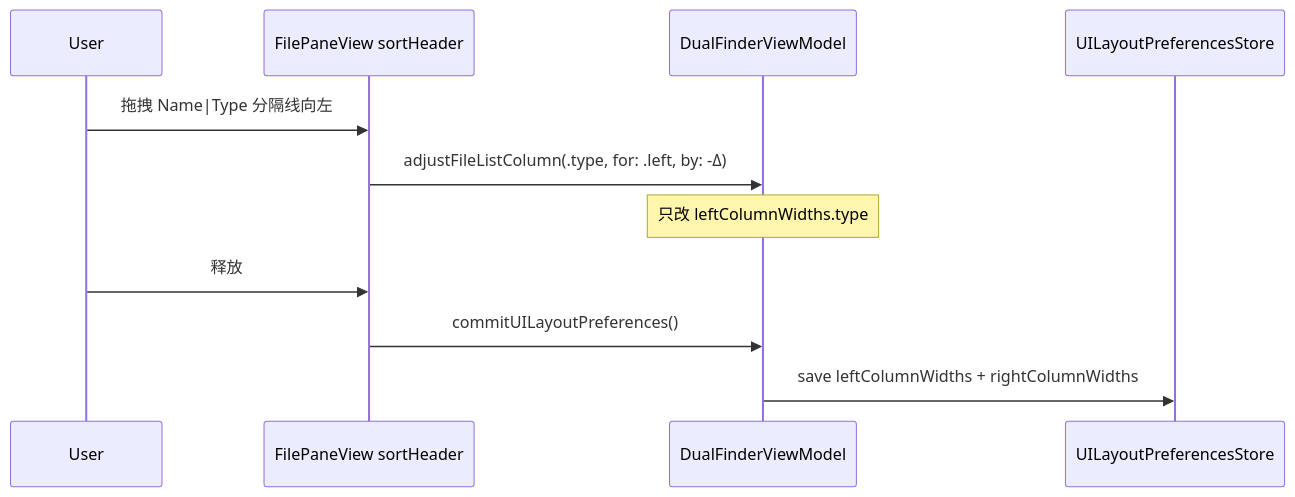
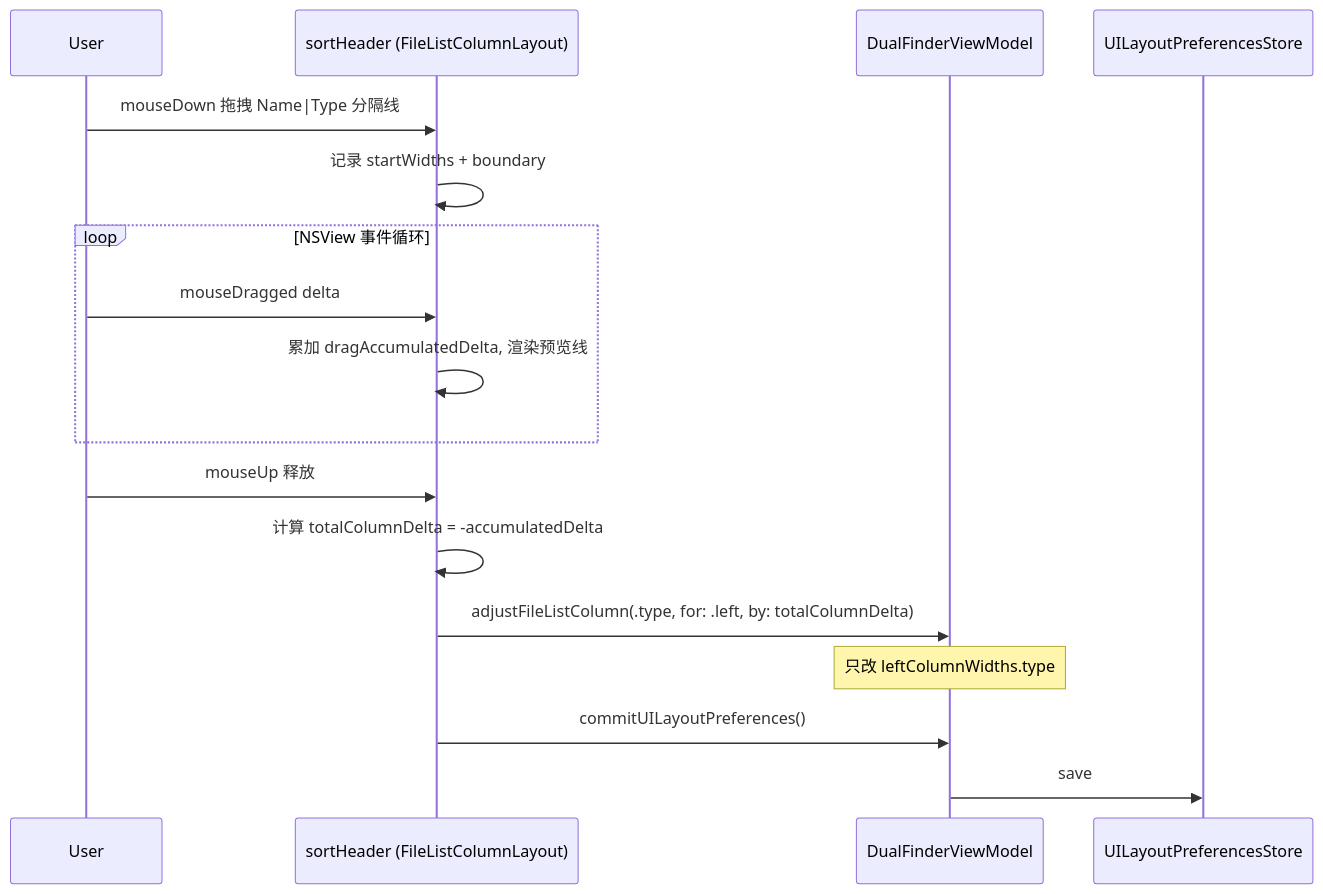
One commit to olojiang/dual_finder changed the third of 4 diagrams in local_docs/adjust_ui_resize.md. Above: the diagram before and after it, drawn with Mermaid. The commit also changed other lines of this file and 6 other files, not shown here.

````diff
--- a/local_docs/adjust_ui_resize.md
+++ b/local_docs/adjust_ui_resize.md
@@ -127,14 +131,20 @@
 ```mermaid
 sequenceDiagram
     participant User
-    participant Header as FilePaneView sortHeader
+    participant Header as sortHeader (FileListColumnLayout)
     participant VM as DualFinderViewModel
     participant Store as UILayoutPreferencesStore
 
-    User->>Header: 拖拽 Name|Type 分隔线向左
-    Header->>VM: adjustFileListColumn(.type, for: .left, by: -Δ)
+    User->>Header: mouseDown 拖拽 Name|Type 分隔线
+    Header->>Header: 记录 startWidths + boundary
+    loop NSView 事件循环
+        User->>Header: mouseDragged delta
+        Header->>Header: 累加 dragAccumulatedDelta, 渲染预览线
+    end
+    User->>Header: mouseUp 释放
+    Header->>Header: 计算 totalColumnDelta = -accumulatedDelta
+    Header->>VM: adjustFileListColumn(.type, for: .left, by: totalColumnDelta)
     Note over VM: 只改 leftColumnWidths.type
-    User->>Header: 释放
     Header->>VM: commitUILayoutPreferences()
-    VM->>Store: save leftColumnWidths + rightColumnWidths
+    VM->>Store: save
 ```
````
